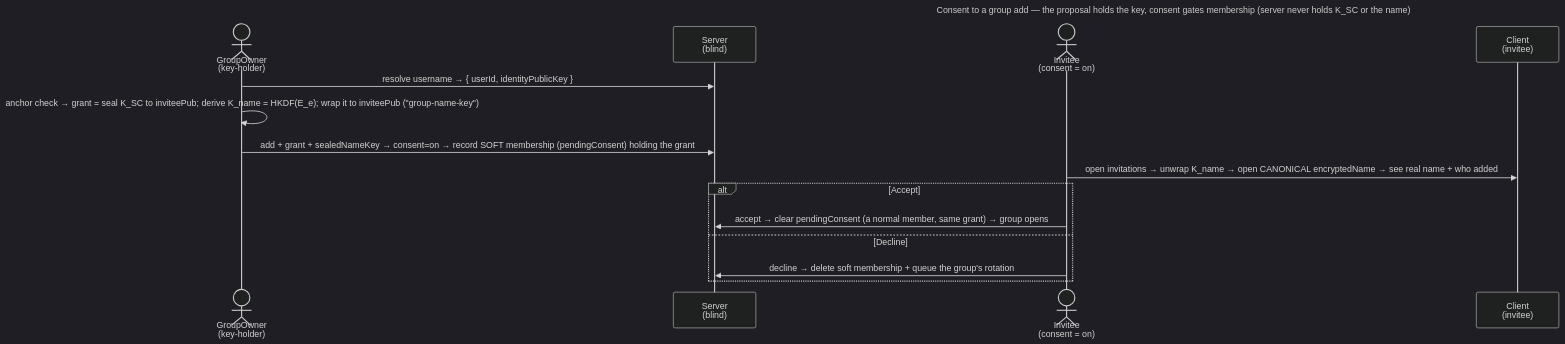
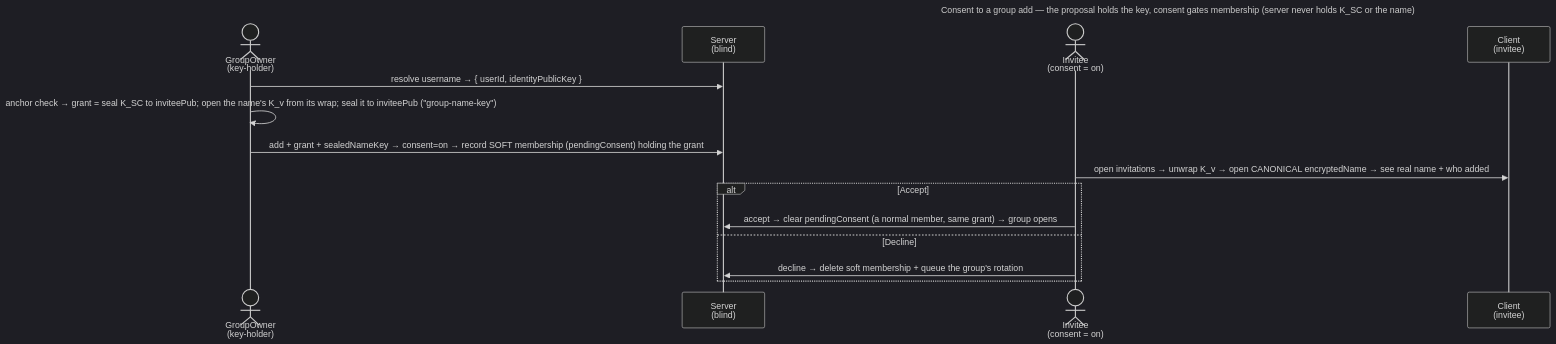
One commit to raddatzk/veyq changed the diagram in docs/features/spaces/use-cases/uc.spaces.consent-group-add.md. Above: the diagram before and after it, drawn with Mermaid (dark theme). The commit also changed other lines of this file and 31 other files, not shown here.

````diff
--- a/docs/features/spaces/use-cases/uc.spaces.consent-group-add.md
+++ b/docs/features/spaces/use-cases/uc.spaces.consent-group-add.md
@@ -64,19 +67,19 @@
 ```mermaid
 ---
 title: Consent to a group add — the proposal holds the key, consent gates membership (server never holds K_SC or the name)
 ---
 sequenceDiagram
   actor O as GroupOwner<br>(key-holder)
   participant S as Server<br>(blind)
   actor I as Invitee<br>(consent = on)
   participant CI as Client<br>(invitee)
   O->>S: resolve username → { userId, identityPublicKey }
-  O->>O: anchor check → grant = seal K_SC to inviteePub#59; derive K_name = HKDF(E_e)#59; wrap it to inviteePub ("group-name-key")
+  O->>O: anchor check → grant = seal K_SC to inviteePub#59; open the name's K_v from its wrap#59; seal it to inviteePub ("group-name-key")
   O->>S: add + grant + sealedNameKey → consent=on → record SOFT membership (pendingConsent) holding the grant
-  I->>CI: open invitations → unwrap K_name → open CANONICAL encryptedName → see real name + who added
+  I->>CI: open invitations → unwrap K_v → open CANONICAL encryptedName → see real name + who added
   alt Accept
   I->>S: accept → clear pendingConsent (a normal member, same grant) → group opens
   else Decline
   I->>S: decline → delete soft membership + queue the group's rotation
   end
 ```
````
